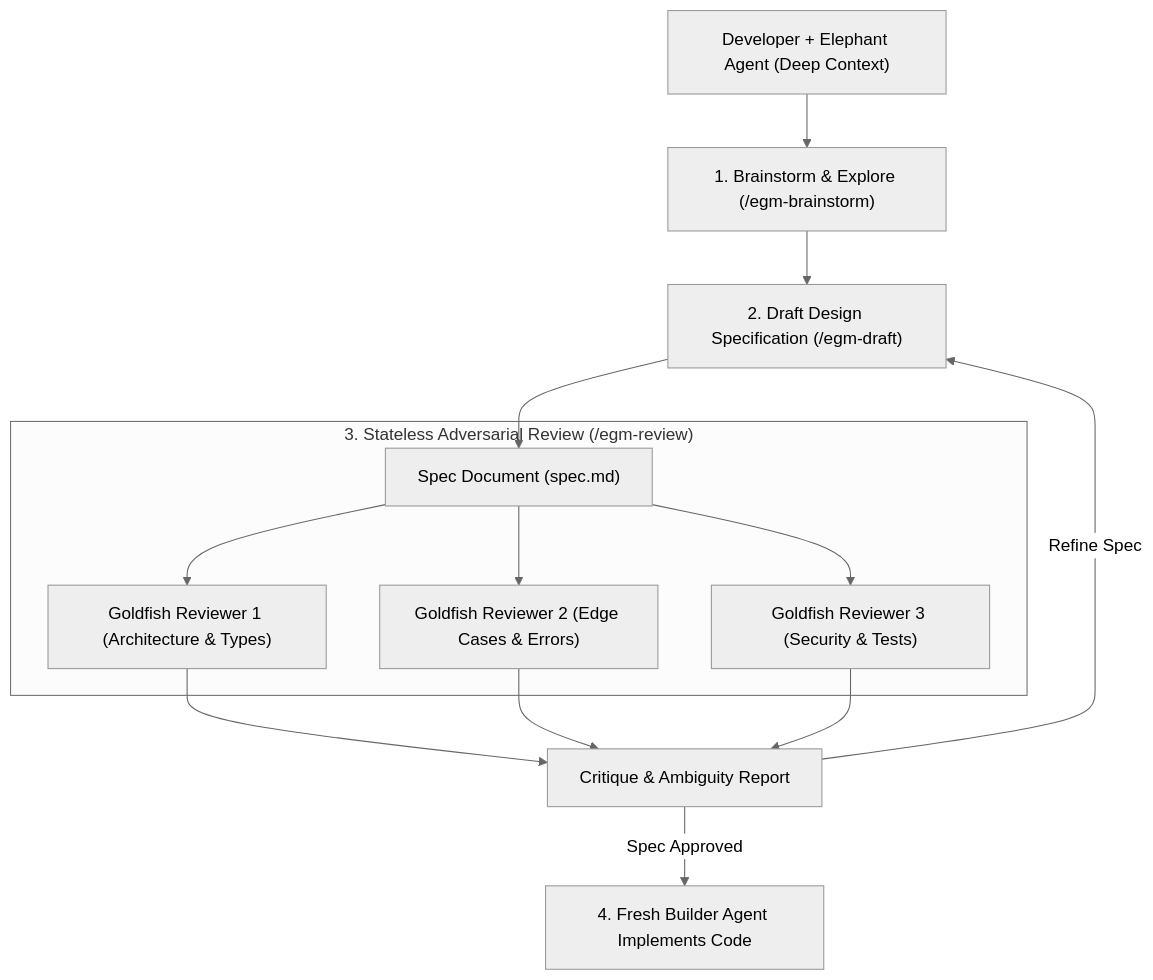
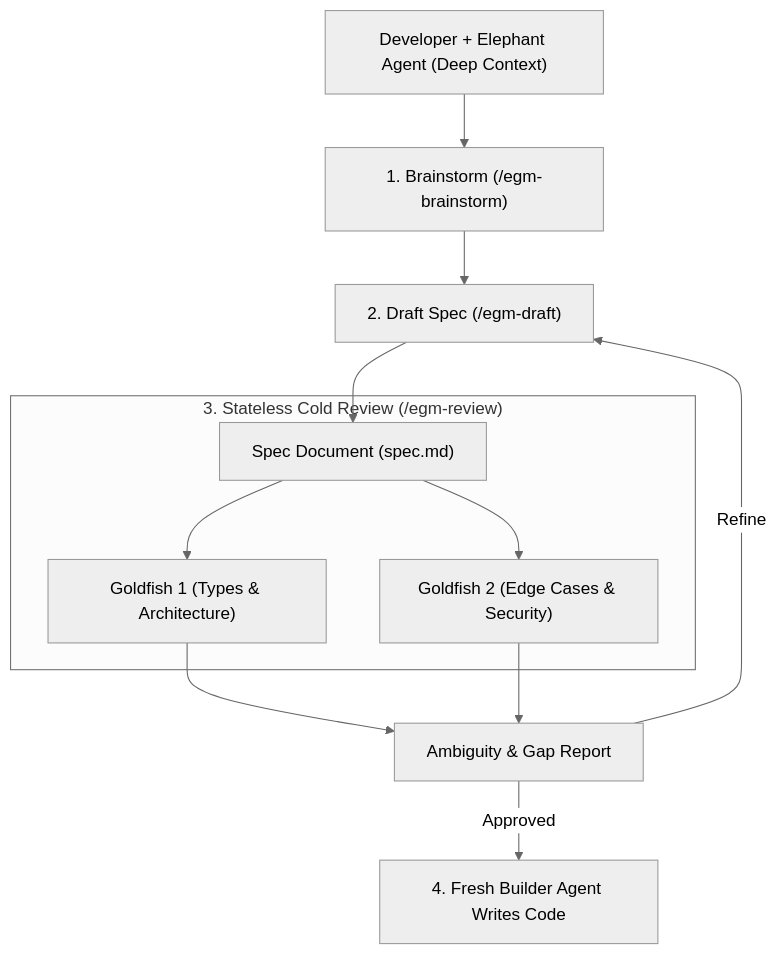
Before and after one commit to amitsk/typescript-development-env: the fourth of 5 diagrams in 14-llms.md, drawn with Mermaid (neutral theme). The commit also changed other lines of this file and 18 other files, not shown here.

````diff
--- a/14-llms.md
+++ b/14-llms.md
@@ -181,19 +92,16 @@
 ```mermaid
 flowchart TD
-    Human["Developer + Elephant Agent (Deep Context)"] --> Brainstorm["1. Brainstorm & Explore (/egm-brainstorm)"]
-    Brainstorm --> Draft["2. Draft Design Specification (/egm-draft)"]
+    Human["Developer + Elephant Agent (Deep Context)"] --> Brainstorm["1. Brainstorm (/egm-brainstorm)"]
+    Brainstorm --> Draft["2. Draft Spec (/egm-draft)"]
     Draft --> Spec["Spec Document (spec.md)"]
 
-    subgraph ColdReview["3. Stateless Adversarial Review (/egm-review)"]
-        Spec --> GF1["Goldfish Reviewer 1 (Architecture & Types)"]
-        Spec --> GF2["Goldfish Reviewer 2 (Edge Cases & Errors)"]
-        Spec --> GF3["Goldfish Reviewer 3 (Security & Tests)"]
+    subgraph ColdReview["3. Stateless Cold Review (/egm-review)"]
+        Spec --> GF1["Goldfish 1 (Types & Architecture)"]
+        Spec --> GF2["Goldfish 2 (Edge Cases & Security)"]
     end
 
-    GF1 --> Feedback["Critique & Ambiguity Report"]
+    GF1 --> Feedback["Ambiguity & Gap Report"]
     GF2 --> Feedback
-    GF3 --> Feedback
-
-    Feedback -- "Refine Spec" --> Draft
-    Feedback -- "Spec Approved" --> Implement["4. Fresh Builder Agent Implements Code"]
+    Feedback -- "Refine" --> Draft
+    Feedback -- "Approved" --> Implement["4. Fresh Builder Agent Writes Code"]
 ```
````
